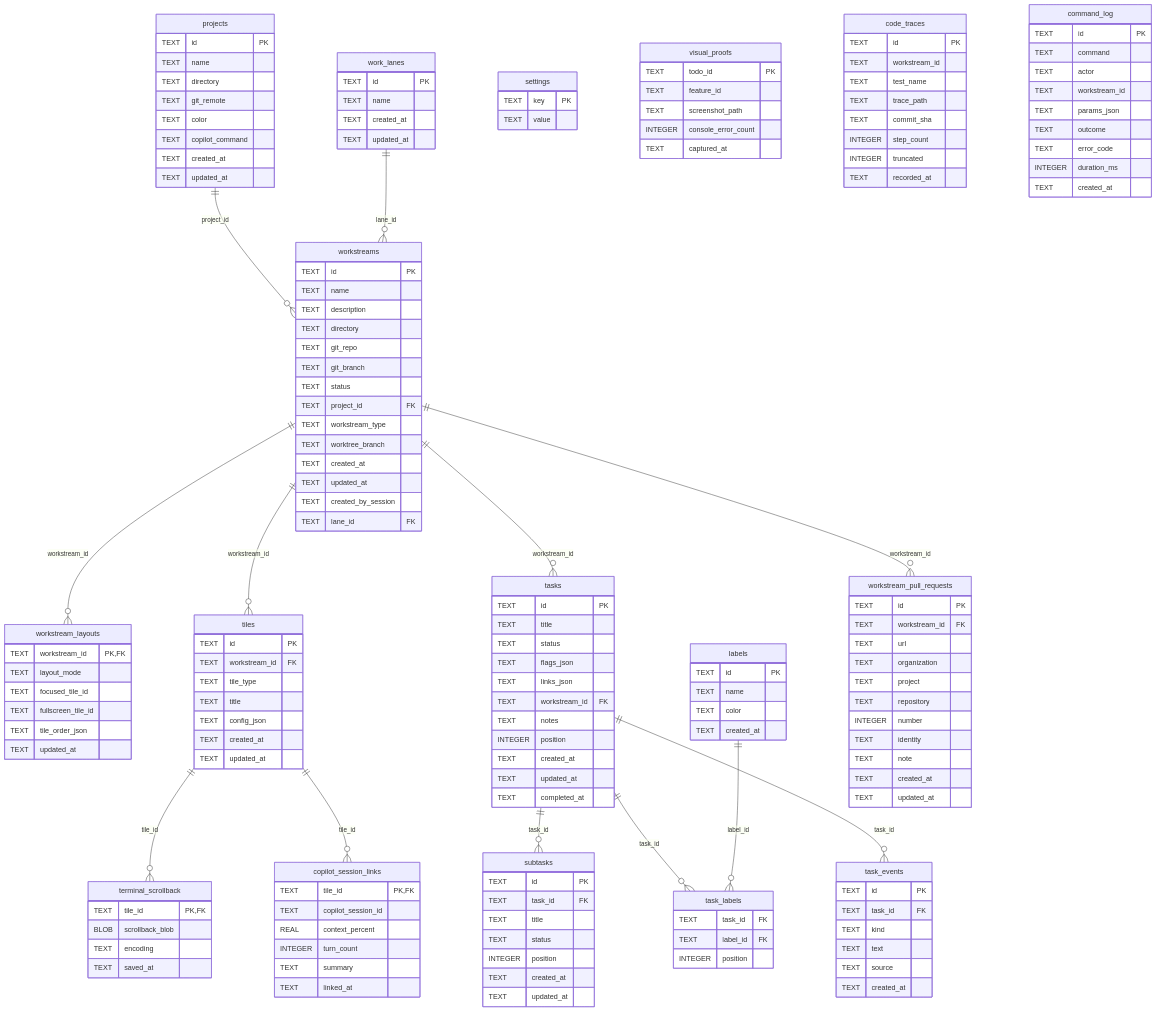
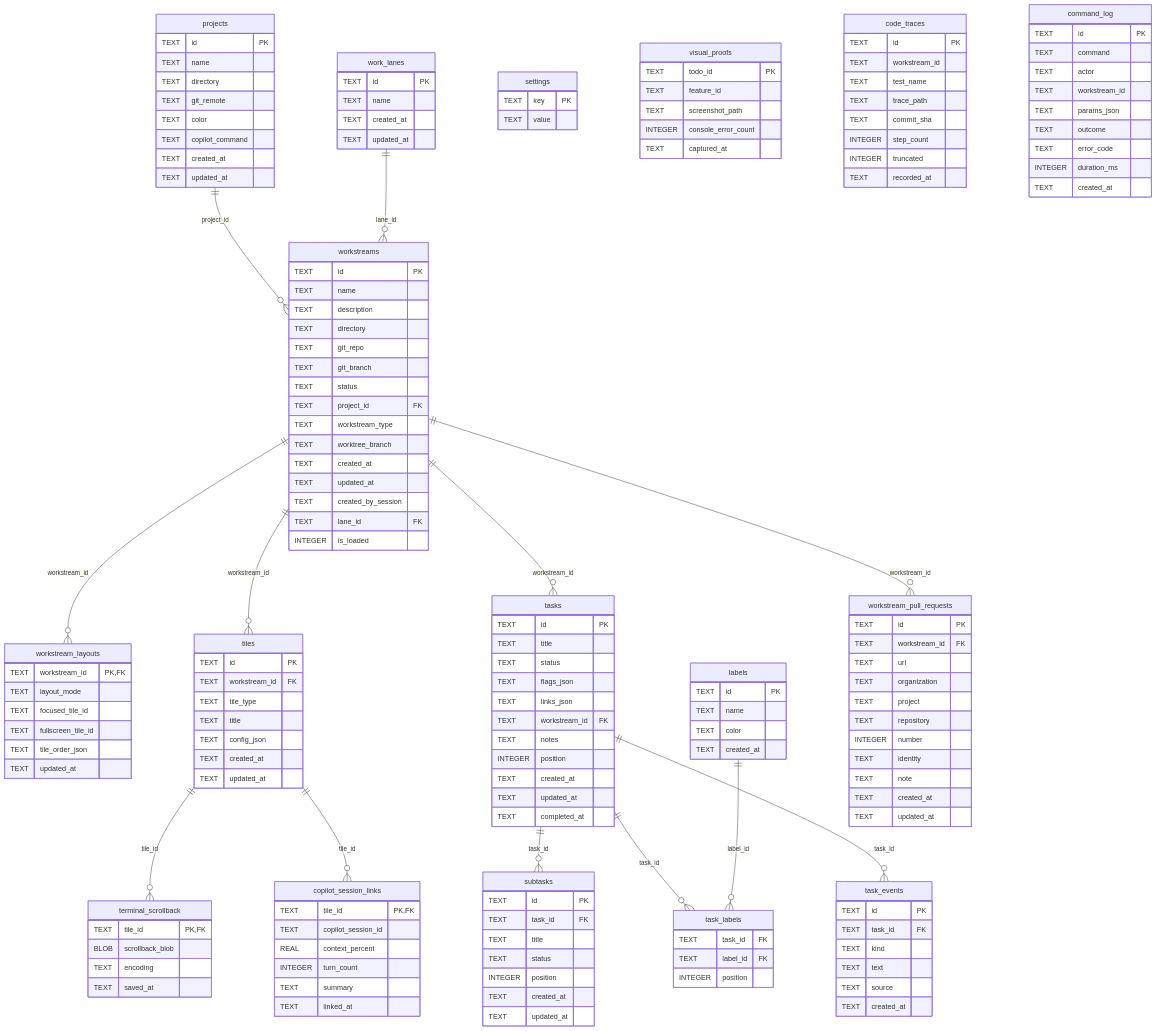
One commit to alejandroechev/workstreams changed the diagram in docs/db-model.md. Above: the diagram before and after it, drawn with Mermaid. The commit also changed other lines of this file and 29 other files, not shown here.

```diff
--- a/docs/db-model.md
+++ b/docs/db-model.md
@@ -54,6 +54,7 @@
     TEXT updated_at
     TEXT created_by_session
     TEXT lane_id FK
+    INTEGER is_loaded
   }
   workstream_layouts {
     TEXT workstream_id PK,FK
```
